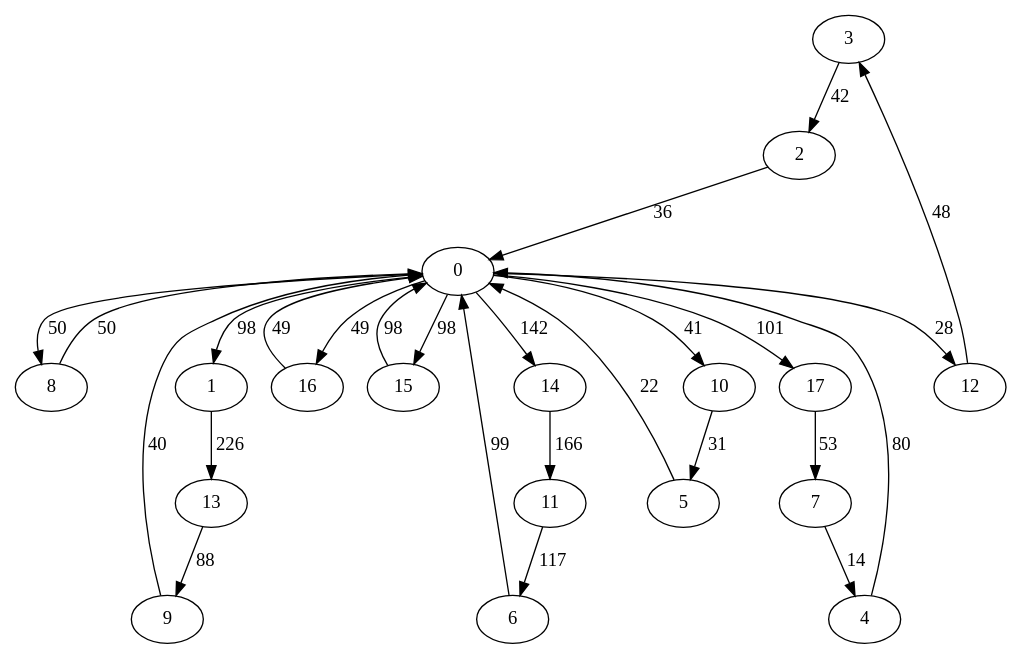
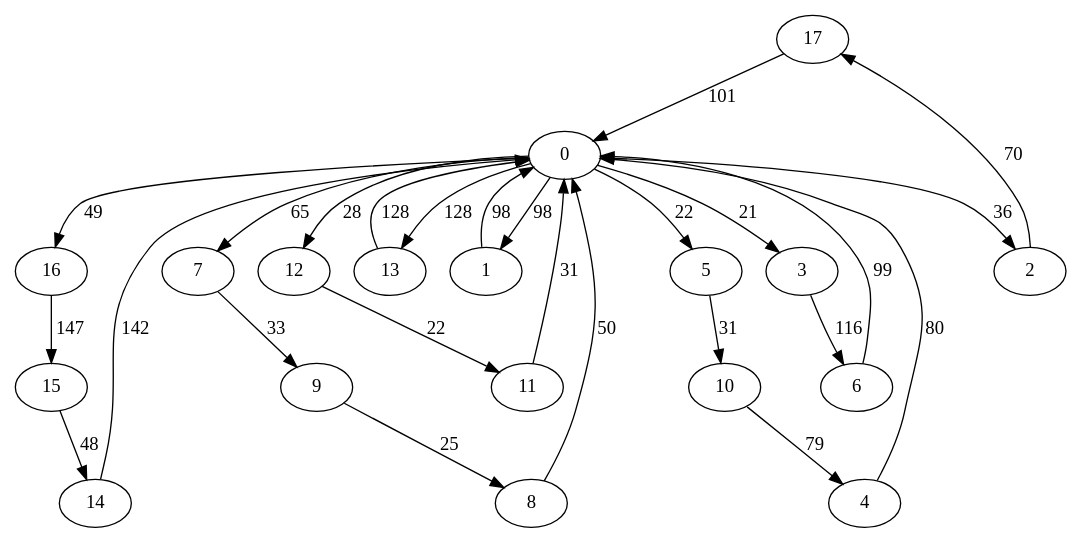
One commit to akosej/vehicle_routing changed the diagram in grafos/iteration10.dot. Above: the diagram before and after it, drawn with Graphviz. The commit also changed 9 other files, not shown here.

```diff
--- a/grafos/iteration10.dot
+++ b/grafos/iteration10.dot
@@ -1,46 +1,46 @@
 digraph G {
-	3->2[ label=42 ];
+	17->0[ label=101 ];
+	15->14[ label=48 ];
+	14->0[ label=142 ];
 	4->0[ label=80 ];
+	11->0[ label=31 ];
+	0->3[ label=21 ];
+	0->12[ label=28 ];
+	0->2[ label=36 ];
+	0->7[ label=65 ];
+	0->16[ label=49 ];
+	0->5[ label=22 ];
+	0->13[ label=128 ];
+	0->1[ label=98 ];
+	10->4[ label=79 ];
+	1->0[ label=98 ];
+	3->6[ label=116 ];
 	8->0[ label=50 ];
-	1->13[ label=226 ];
-	11->6[ label=117 ];
+	13->0[ label=128 ];
+	12->11[ label=22 ];
 	6->0[ label=99 ];
-	2->0[ label=36 ];
-	17->7[ label=53 ];
-	16->0[ label=49 ];
-	15->0[ label=98 ];
-	0->1[ label=98 ];
-	0->14[ label=142 ];
-	0->17[ label=101 ];
-	0->16[ label=49 ];
-	0->10[ label=41 ];
-	0->12[ label=28 ];
-	0->8[ label=50 ];
-	0->15[ label=98 ];
-	9->0[ label=40 ];
-	12->3[ label=48 ];
-	5->0[ label=22 ];
-	13->9[ label=88 ];
-	14->11[ label=166 ];
-	7->4[ label=14 ];
-	10->5[ label=31 ];
+	2->17[ label=70 ];
+	7->9[ label=33 ];
+	9->8[ label=25 ];
+	16->15[ label=147 ];
+	5->10[ label=31 ];
 	0 [ label=0 ];
 	1 [ label=1 ];
 	10 [ label=10 ];
 	11 [ label=11 ];
 	12 [ label=12 ];
 	13 [ label=13 ];
 	14 [ label=14 ];
 	15 [ label=15 ];
 	16 [ label=16 ];
 	17 [ label=17 ];
 	2 [ label=2 ];
 	3 [ label=3 ];
 	4 [ label=4 ];
 	5 [ label=5 ];
 	6 [ label=6 ];
 	7 [ label=7 ];
 	8 [ label=8 ];
 	9 [ label=9 ];
 
 }
```
